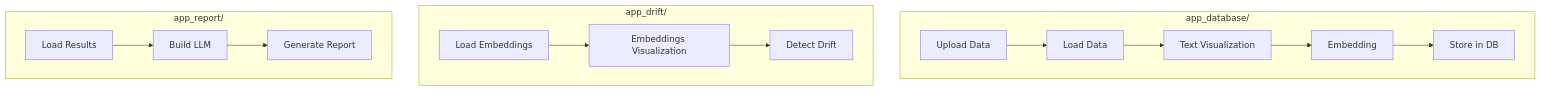
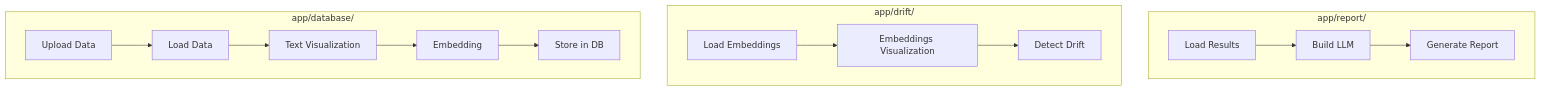
One commit to jeongminia/datadrift_dataclinic changed the diagram in README.md. Above: the diagram before and after it, drawn with Mermaid. The commit also changed other lines of this file and 32 other files, not shown here.

````diff
--- a/README.md
+++ b/README.md
@@ -12,19 +13,19 @@
 ```mermaid
 flowchart TD
-    subgraph app_database["app_database/"]
-        A1[Upload Data] --> A2[Load Data]
-        A2 --> A3[Text Visualization]
-        A3 --> A4[Embedding]
-        A4 --> A5[Store in DB]
+    subgraph app_report["app/report/"]
+        A1[Load Results] --> A2[Build LLM]
+        A2 --> A3[Generate Report]
     end
 
-    subgraph app_drift["app_drift/"]
+    subgraph app_drift["app/drift/"]
         B1[Load Embeddings] --> B2[Embeddings Visualization]
         B2 --> B3[Detect Drift]
     end
 
-    subgraph app_report["app_report/"]
-        C1[Load Results] --> C2[Build LLM]
-        C2 --> C3[Generate Report]
+    subgraph app_database["app/database/"]
+        C1[Upload Data] --> C2[Load Data]
+        C2 --> C3[Text Visualization]
+        C3 --> C4[Embedding]
+        C4 --> C5[Store in DB]
     end
 ```
````
